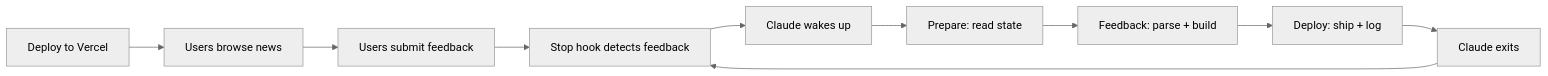
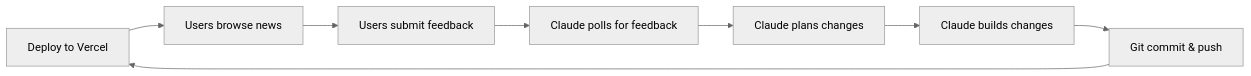
One commit to fabriciobloisi/AutoPMF changed the diagram in README.md. Above: the diagram before and after it, drawn with Mermaid (neutral theme). The commit also changed other lines of this file, not shown here.

First line of the commit message:
docs: update README — move Run It to top, remove hook references

````diff
--- a/README.md
+++ b/README.md
@@ -82,12 +75,10 @@
 ```mermaid
 graph LR
     A[Deploy to Vercel] --> B[Users browse news]
     B --> C[Users submit feedback]
-    C --> D[Stop hook detects feedback]
-    D --> E[Claude wakes up]
-    E --> F[Prepare: read state]
-    F --> G[Feedback: parse + build]
-    G --> H[Deploy: ship + log]
-    H --> I[Claude exits]
-    I --> D
+    C --> D[Claude polls for feedback]
+    D --> E[Claude plans changes]
+    E --> F[Claude builds changes]
+    F --> G[Git commit & push]
+    G --> A
 ```
````
